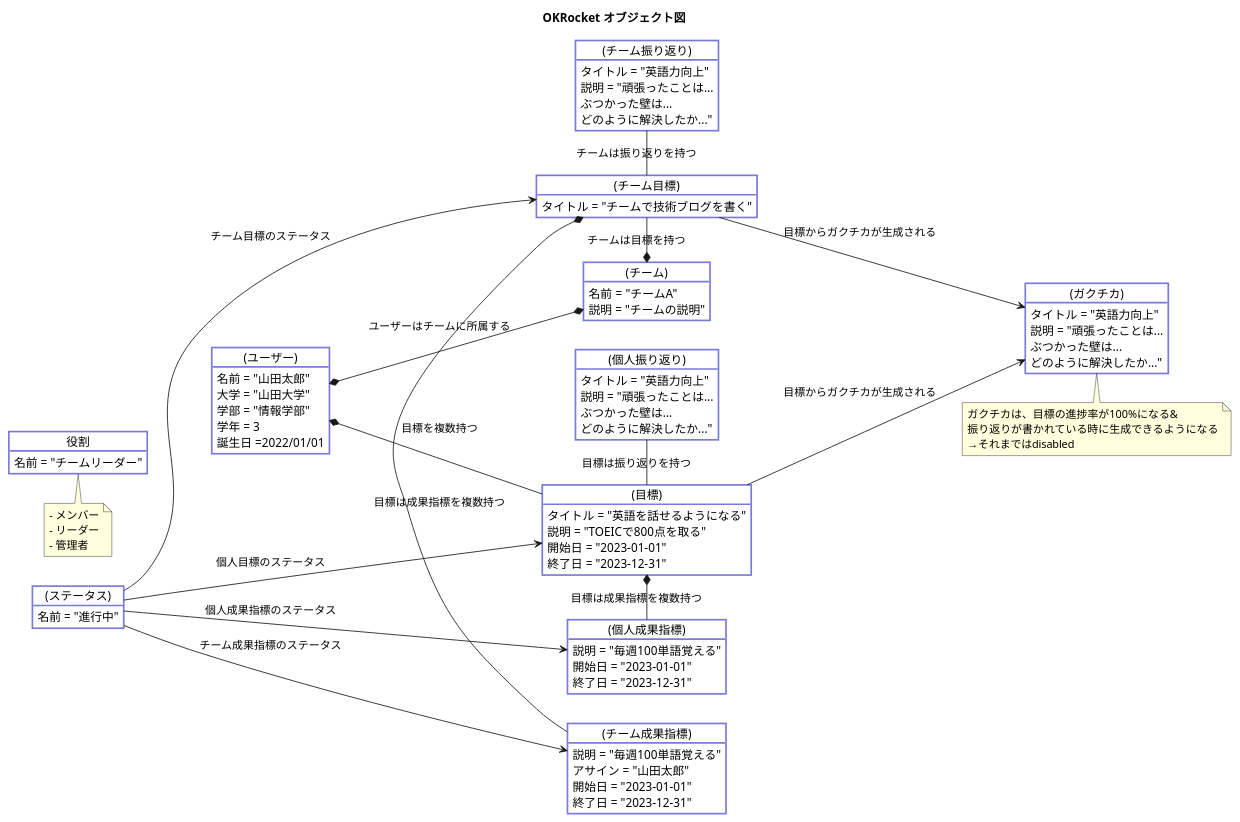
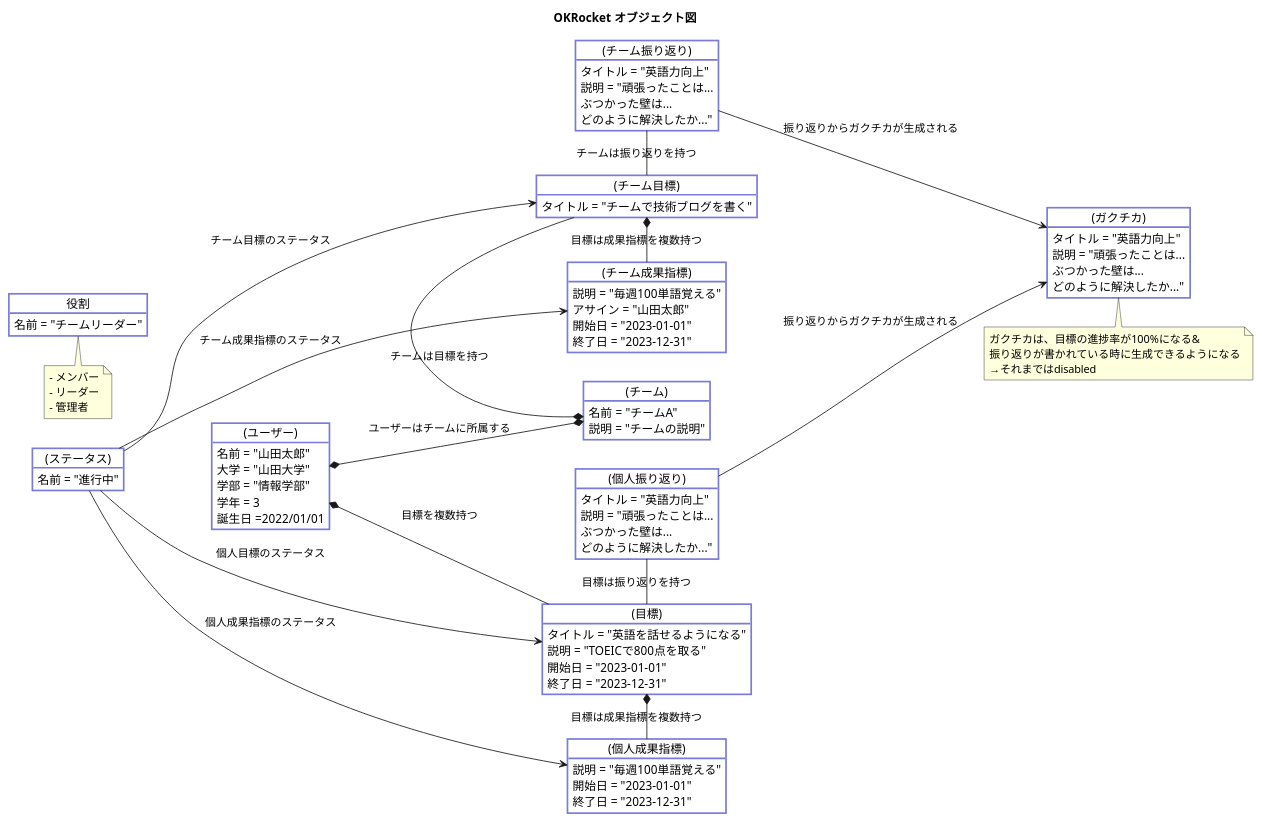
Before and after one commit to Yuma-Tsukakoshi/OKRocket: the diagram in docs/3-object/ALLObjective.pu, drawn with PlantUML. The commit also changed 9 other files, not shown here.

```diff
--- a/docs/3-object/ALLObjective.pu
+++ b/docs/3-object/ALLObjective.pu
@@ -1,102 +1,102 @@
 @startuml
 title OKRocket オブジェクト図
 
 left to right direction
 
 skinparam object {
   BackgroundColor #ffffff
   BorderColor #7a7adb
   FontColor #000000
   BorderThickness 2
 }
 
 object "(ユーザー)" as User {
   名前 = "山田太郎"
   大学 = "山田大学"
   学部 = "情報学部"
   学年 = 3
   誕生日 =2022/01/01
 }
 
 object "役割" as Role {
   名前 = "チームリーダー"
 }
 note bottom of Role
   - メンバー
   - リーダー
   - 管理者
 end note
 
 object "(目標)" as Objective {
   タイトル = "英語を話せるようになる"
   説明 = "TOEICで800点を取る"
   開始日 = "2023-01-01"
   終了日 = "2023-12-31"
 }
 
 object "(個人成果指標)" as KeyResult {
   説明 = "毎週100単語覚える"
   開始日 = "2023-01-01"
   終了日 = "2023-12-31"
 }
 
 object "(チーム成果指標)" as TeamKeyResult {
   説明 = "毎週100単語覚える"
   アサイン = "山田太郎"
   開始日 = "2023-01-01"
   終了日 = "2023-12-31"
 }
 
 object "(個人振り返り)" as Reflection {
   タイトル = "英語力向上"
   説明 = "頑張ったことは...\nぶつかった壁は...\nどのように解決したか..."
 }
 object "(チーム振り返り)" as TeamReflection {
   タイトル = "英語力向上"
   説明 = "頑張ったことは...\nぶつかった壁は...\nどのように解決したか..."
 }
 
 object "(ガクチカ)" as Gakutika {
   タイトル = "英語力向上"
   説明 = "頑張ったことは...\nぶつかった壁は...\nどのように解決したか..."
 }
 note bottom of Gakutika
   ガクチカは、目標の進捗率が100%になる&
   振り返りが書かれている時に生成できるようになる
   →それまではdisabled
 end note
 
 
 object "(チーム)" as Team {
   名前 = "チームA"
   説明 = "チームの説明"
 }
 
 object "(チーム目標)" as TeamObjective {
   タイトル = "チームで技術ブログを書く"
 }
 
 object "(ステータス)" as Status {
   名前 = "進行中"
 }
 
 User *--* Team : "ユーザーはチームに所属する"
 
 Objective -up-* User : "目標を複数持つ"
 Objective *- KeyResult : "目標は成果指標を複数持つ"
 Objective -left- Reflection : "目標は振り返りを持つ"
 
 TeamObjective -* Team : "チームは目標を持つ"
 TeamObjective *-  TeamKeyResult : "目標は成果指標を複数持つ"
 TeamObjective -left- TeamReflection : "チームは振り返りを持つ"
 
-Objective --> Gakutika : "目標からガクチカが生成される"
-TeamObjective --> Gakutika : "目標からガクチカが生成される"
+Reflection --> Gakutika : "振り返りからガクチカが生成される"
+TeamReflection --> Gakutika : "振り返りからガクチカが生成される"
 
 Status ---> TeamObjective : "チーム目標のステータス"
 Status ---> Objective : "個人目標のステータス"
 Status ---> KeyResult : "個人成果指標のステータス"
 Status ---> TeamKeyResult : "チーム成果指標のステータス"
 
 
 @enduml
```
